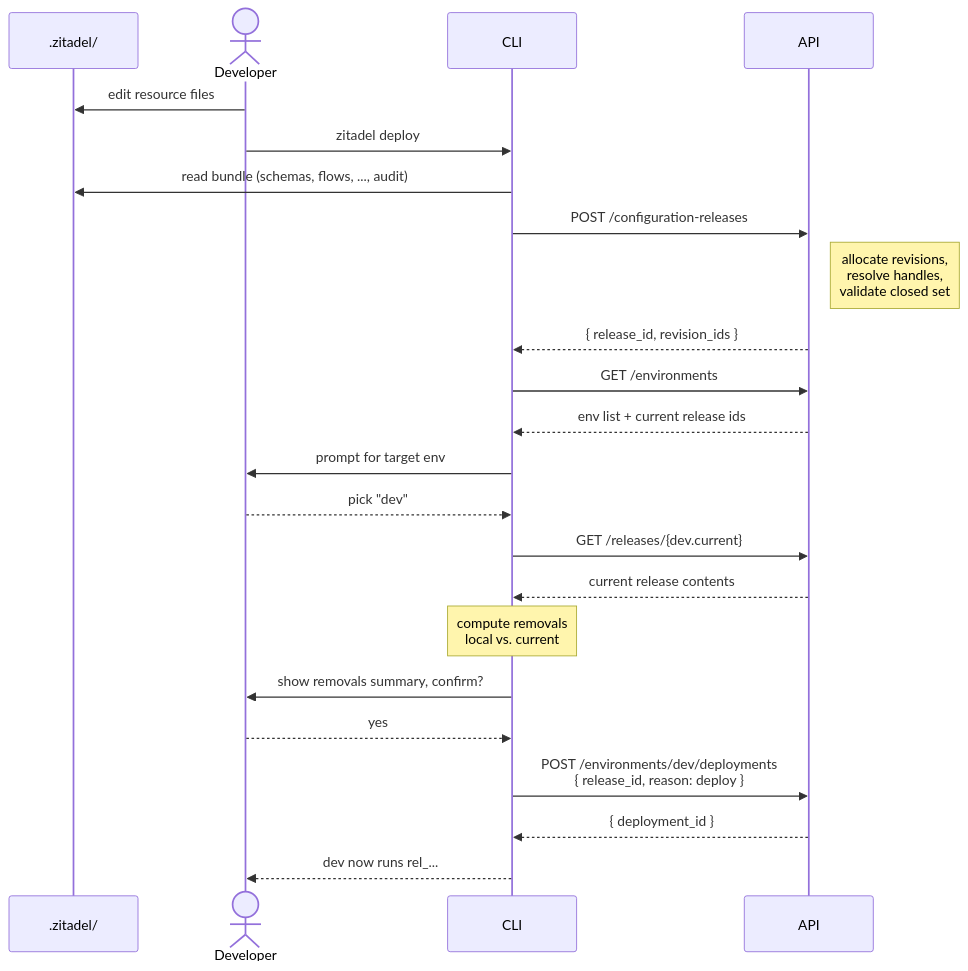
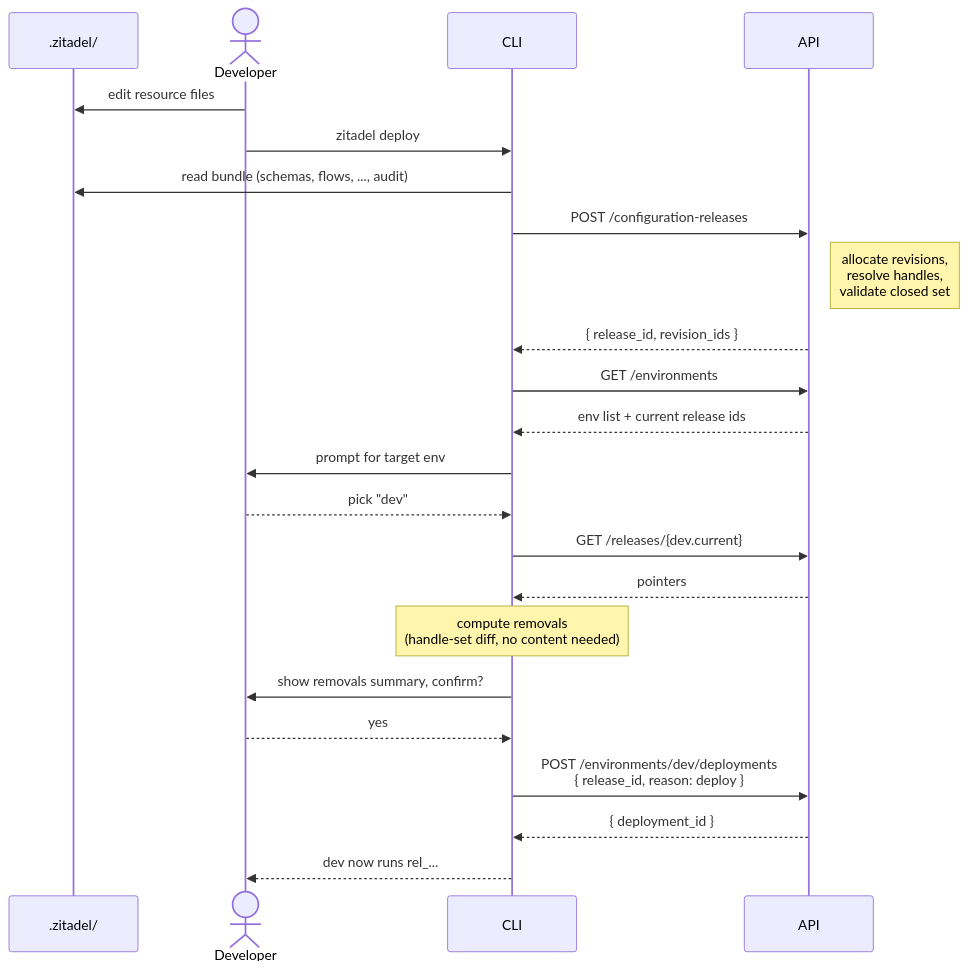
One commit to zitadel/nextgen changed the second of 6 diagrams in docs/adrs/035-configuration-environments.md. Above: the diagram before and after it, drawn with Mermaid. The commit also changed other lines of this file, not shown here.

First line of the commit message:
docs(adr-035): specify release read as pointers + audit, not embedded content

````diff
--- a/docs/adrs/035-configuration-environments.md
+++ b/docs/adrs/035-configuration-environments.md
@@ -188,26 +190,26 @@
 ```mermaid
 sequenceDiagram
     participant Local as .zitadel/
     actor Dev as Developer
     participant CLI
     participant API
 
     Dev->>Local: edit resource files
     Dev->>CLI: zitadel deploy
     CLI->>Local: read bundle (schemas, flows, ..., audit)
     CLI->>API: POST /configuration-releases
     Note right of API: allocate revisions,<br/>resolve handles,<br/>validate closed set
     API-->>CLI: { release_id, revision_ids }
     CLI->>API: GET /environments
     API-->>CLI: env list + current release ids
     CLI->>Dev: prompt for target env
     Dev-->>CLI: pick "dev"
     CLI->>API: GET /releases/{dev.current}
-    API-->>CLI: current release contents
-    Note over CLI: compute removals<br/>local vs. current
+    API-->>CLI: pointers
+    Note over CLI: compute removals<br/>(handle-set diff, no content needed)
     CLI->>Dev: show removals summary, confirm?
     Dev-->>CLI: yes
     CLI->>API: POST /environments/dev/deployments<br/>{ release_id, reason: deploy }
     API-->>CLI: { deployment_id }
     CLI-->>Dev: dev now runs rel_...
 ```
````
